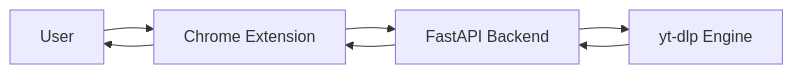
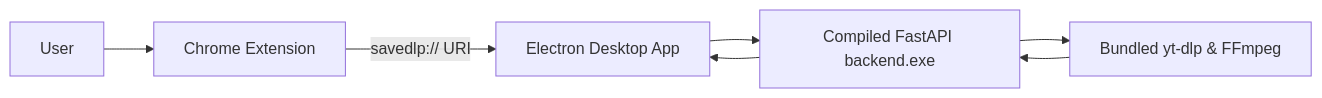
The diagram in README.md (ayusht26/save-dlp), drawn with Mermaid before and after one commit. The commit also changed other lines of this file and 12 other files, not shown here.

````diff
--- a/README.md
+++ b/README.md
@@ -83,10 +116,9 @@
 ```mermaid
 flowchart LR
     U[User] --> EXT[Chrome Extension]
-    EXT --> API[FastAPI Backend]
-    API --> YTDLP[yt-dlp Engine]
-
+    EXT -- "savedlp:// URI" --> APP[Electron Desktop App]
+    APP --> API[Compiled FastAPI backend.exe]
+    API --> YTDLP[Bundled yt-dlp & FFmpeg]
     YTDLP --> API
-    API --> EXT
-    EXT --> U
+    API --> APP
 ```
````
